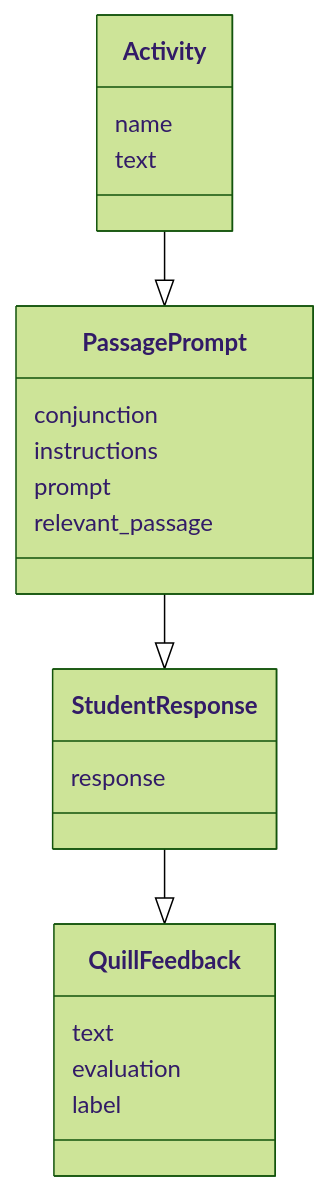
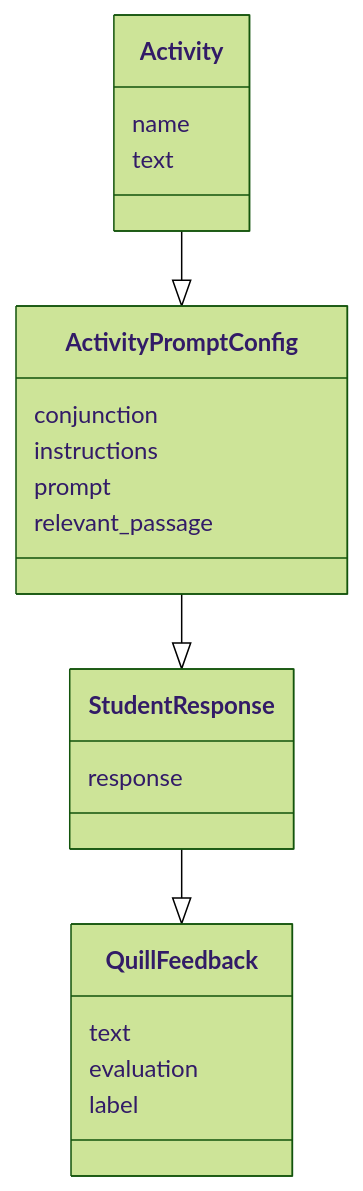
One commit to empirical-org/Empirical-Core changed the first of 3 diagrams in services/QuillLMS/engines/evidence/app/models/evidence/research/readme.md. Above: the diagram before and after it, drawn with Mermaid (forest theme). The commit also changed other lines of this file and 34 other files, not shown here.

Commit message:
Rename PassagePrompt to ActivityPromptConfig

````diff
--- a/services/QuillLMS/engines/evidence/app/models/evidence/research/readme.md
+++ b/services/QuillLMS/engines/evidence/app/models/evidence/research/readme.md
@@ -5,24 +5,24 @@
 ```mermaid
 classDiagram
     class Activity {
          name
          text
     }
-    class PassagePrompt {
+    class ActivityPromptConfig {
          conjunction
          instructions
          prompt
          relevant_passage
     }
     class StudentResponse {
          response
     }
     class QuillFeedback {
          text
          evaluation
          label
     }
-    Activity --|> PassagePrompt
-    PassagePrompt --|> StudentResponse
+    Activity --|> ActivityPromptConfig
+    ActivityPromptConfig --|> StudentResponse
     StudentResponse --|> QuillFeedback
 ```
````
